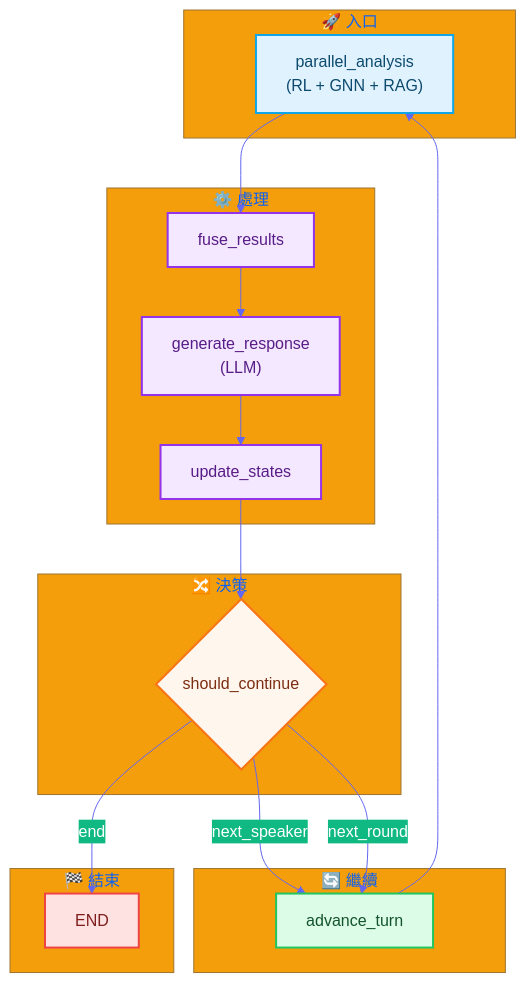
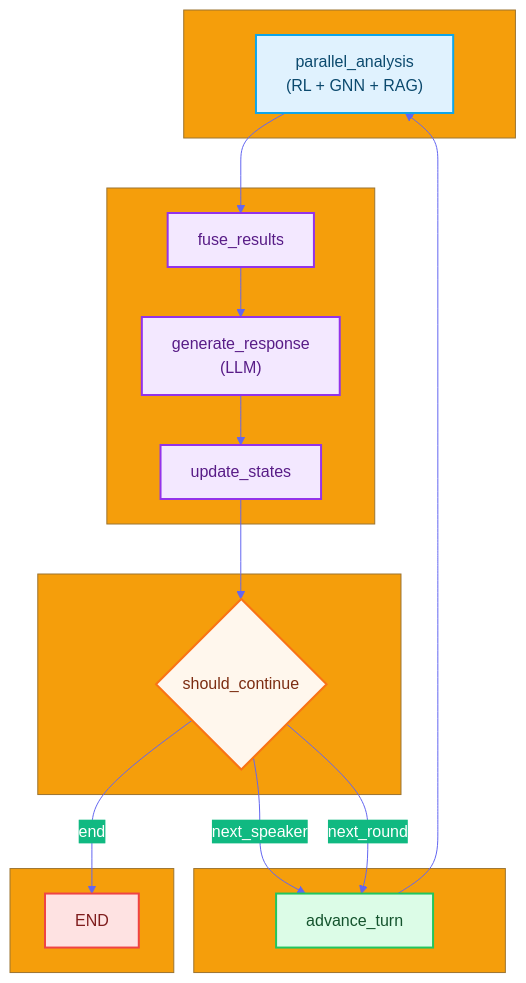
Before and after one commit to AluminumShark/Social-Debate-AI: the fourth of 4 diagrams in docs/architecture/LANGGRAPH.md, drawn with Mermaid. The commit also changed other lines of this file and 32 other files, not shown here.

````diff
--- a/docs/architecture/LANGGRAPH.md
+++ b/docs/architecture/LANGGRAPH.md
@@ -332,38 +332,38 @@
 ```mermaid
 %%{init: {'theme': 'base', 'themeVariables': { 'primaryColor': '#4f46e5', 'primaryTextColor': '#fff', 'primaryBorderColor': '#4338ca', 'lineColor': '#6366f1', 'secondaryColor': '#10b981', 'tertiaryColor': '#f59e0b'}}}%%
 flowchart TB
     %% Styles
     classDef entry fill:#e0f2fe,stroke:#0ea5e9,stroke-width:2px,color:#0c4a6e;
     classDef process fill:#f3e8ff,stroke:#9333ea,stroke-width:2px,color:#581c87;
     classDef decision fill:#fff7ed,stroke:#f97316,stroke-width:2px,color:#7c2d12;
     classDef continue fill:#dcfce7,stroke:#22c55e,stroke-width:2px,color:#14532d;
     classDef endNode fill:#fee2e2,stroke:#ef4444,stroke-width:2px,color:#7f1d1d;
 
-    subgraph Entry["🚀 入口"]
+    subgraph Entry[" "]
         PA["parallel_analysis<br/>(RL + GNN + RAG)"]:::entry
     end
 
-    subgraph Process["⚙️ 處理"]
+    subgraph Process[" "]
         FR["fuse_results"]:::process
         GR["generate_response<br/>(LLM)"]:::process
         US["update_states"]:::process
     end
 
-    subgraph Decision["🔀 決策"]
+    subgraph Decision[" "]
         SC{"should_continue"}:::decision
     end
 
-    subgraph Continue["🔄 繼續"]
+    subgraph Continue[" "]
         AT["advance_turn"]:::continue
     end
 
-    subgraph End["🏁 結束"]
+    subgraph End[" "]
         E["END"]:::endNode
     end
 
     PA --> FR --> GR --> US --> SC
     SC -->|next_speaker| AT
     SC -->|next_round| AT
     SC -->|end| E
     AT --> PA
 ```
````
